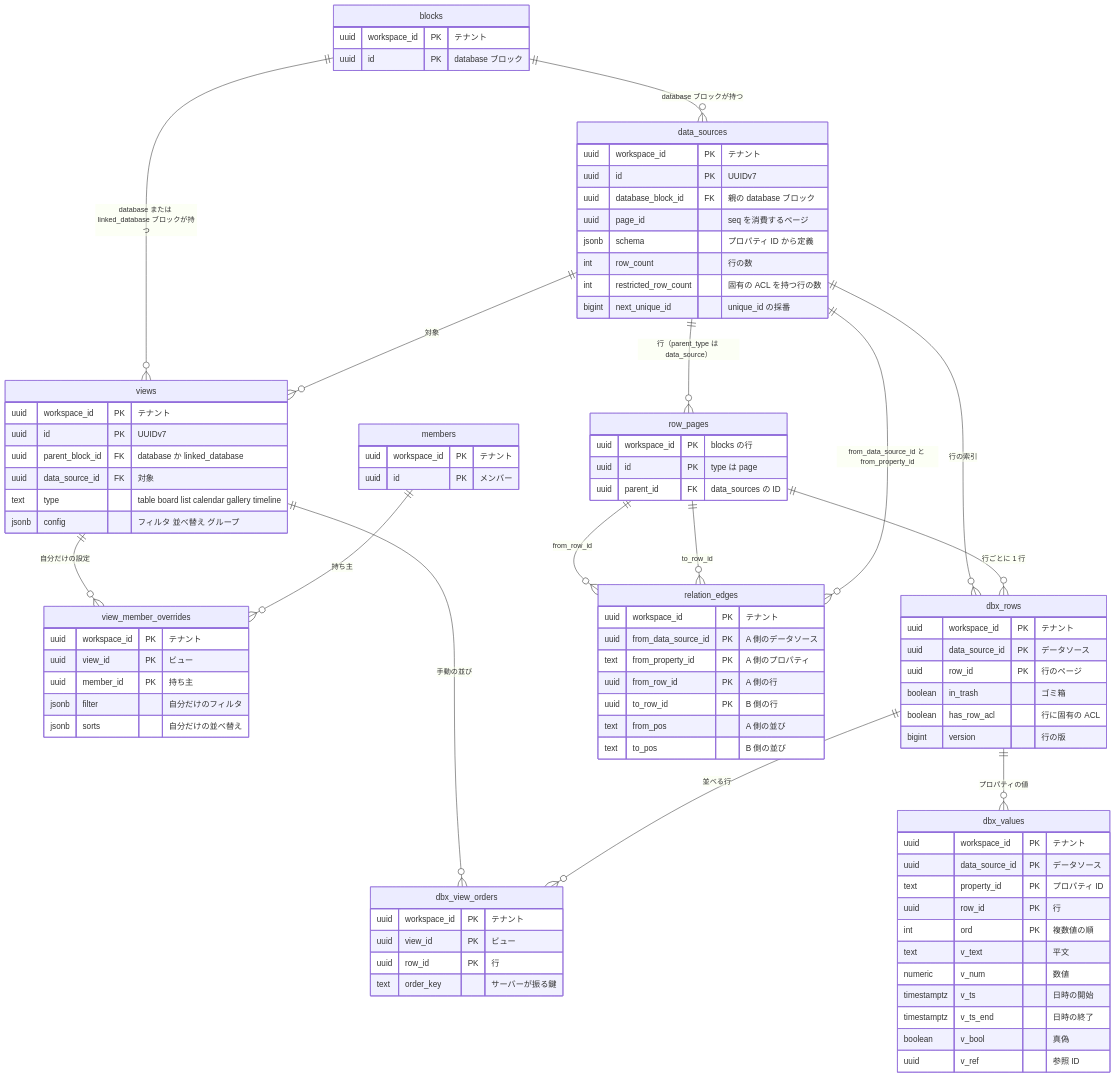
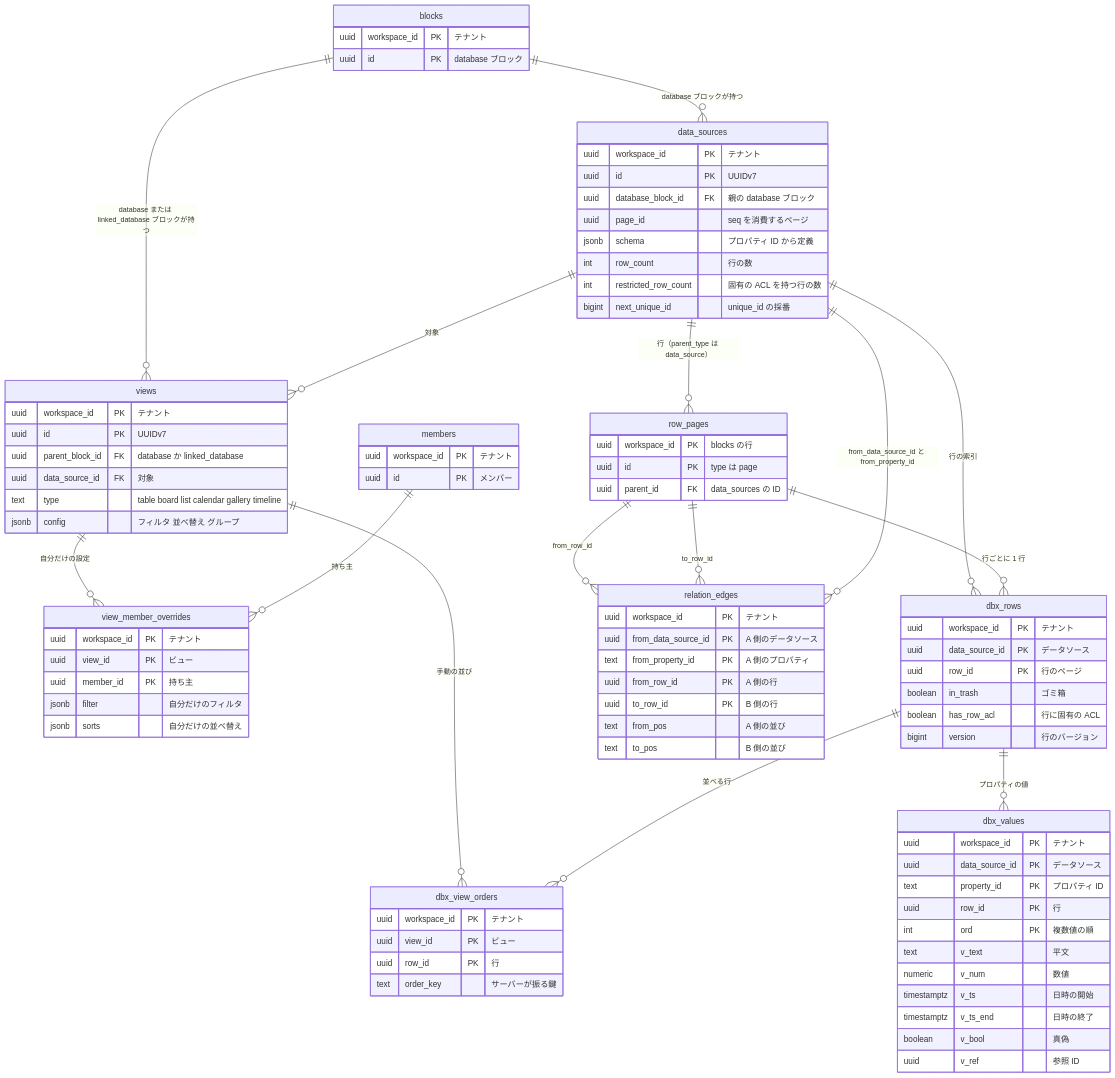
One commit to shoito/rebuilds changed the diagram in systems/notion/docs/architecture/data-model/databases.md. Above: the diagram before and after it, drawn with Mermaid. The commit also changed 793 other files, not shown here.

```diff
--- a/systems/notion/docs/architecture/data-model/databases.md
+++ b/systems/notion/docs/architecture/data-model/databases.md
@@ -57,7 +57,7 @@
     uuid row_id PK "行のページ"
     boolean in_trash "ゴミ箱"
     boolean has_row_acl "行に固有の ACL"
-    bigint version "行の版"
+    bigint version "行のバージョン"
   }
   dbx_values {
     uuid workspace_id PK "テナント"
```
